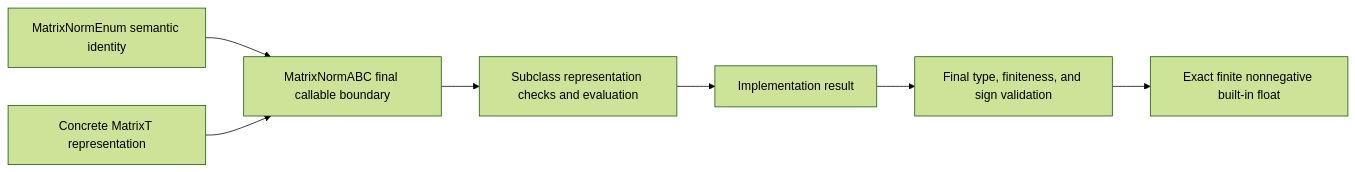
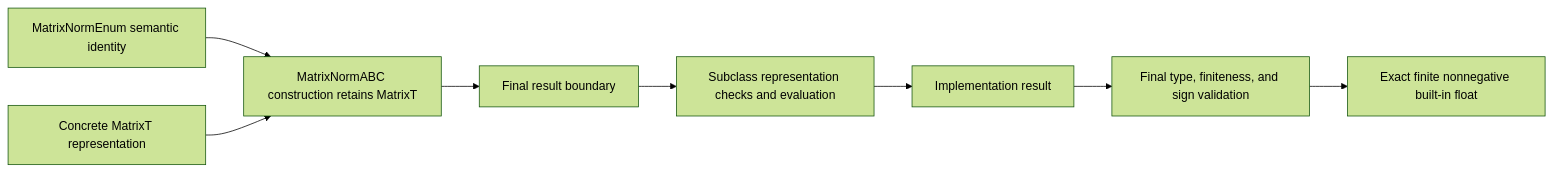
One commit to eragasa/projectkoios-optimization changed the diagram in docs/architecture/projectkoios/numerics/linalg/matrix_norm/schematics.md. Above: the diagram before and after it, drawn with Mermaid (forest theme). The commit also changed 17 other files, not shown here.

Commit message:
Use explicit matrix norm result API

````diff
--- a/docs/architecture/projectkoios/numerics/linalg/matrix_norm/schematics.md
+++ b/docs/architecture/projectkoios/numerics/linalg/matrix_norm/schematics.md
@@ -3,13 +3,14 @@
 ```mermaid
 flowchart LR
     E[MatrixNormEnum semantic identity]
     M[Concrete MatrixT representation]
-    A[MatrixNormABC final callable boundary]
+    A[MatrixNormABC construction retains MatrixT]
+    C[Final result boundary]
     I[Subclass representation checks and evaluation]
     V[Implementation result]
     B[Final type, finiteness, and sign validation]
     R[Exact finite nonnegative built-in float]
 
     E --> A
-    M --> A --> I --> V --> B --> R
+    M --> A --> C --> I --> V --> B --> R
 ```
````
